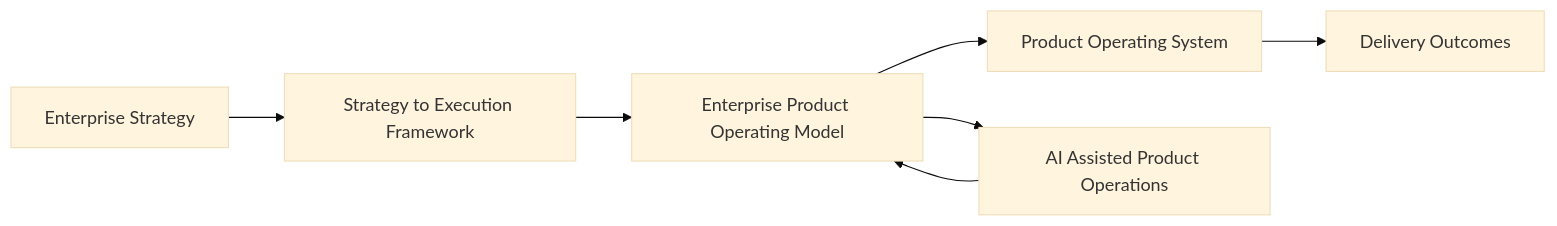
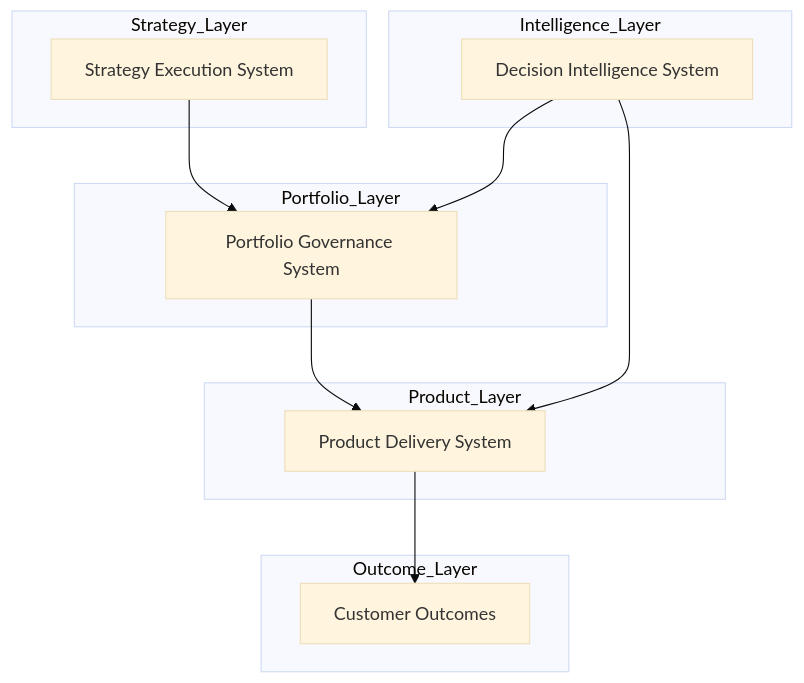
One commit to ChuckFerrando/ChuckFerrando changed the diagram in README.md. Above: the diagram before and after it, drawn with Mermaid (base theme). The commit also changed other lines of this file, not shown here.

````diff
--- a/README.md
+++ b/README.md
@@ -17,17 +17,30 @@
 ```mermaid
-flowchart LR
+flowchart TB
 
-A[Enterprise Strategy]
+subgraph Strategy_Layer
+A[Strategy Execution System]
+end
 
-A --> B[Strategy to Execution Framework]
+subgraph Portfolio_Layer
+B[Portfolio Governance System]
+end
 
-B --> C[Enterprise Product Operating Model]
+subgraph Product_Layer
+C[Product Delivery System]
+end
 
-C --> D[Product Operating System]
+subgraph Outcome_Layer
+D[Customer Outcomes]
+end
 
-D --> E[Delivery Outcomes]
+subgraph Intelligence_Layer
+E[Decision Intelligence System]
+end
 
-C --> F[AI Assisted Product Operations]
+A --> B
+B --> C
+C --> D
 
-F --> C
+E --> B
+E --> C
 ```
````
